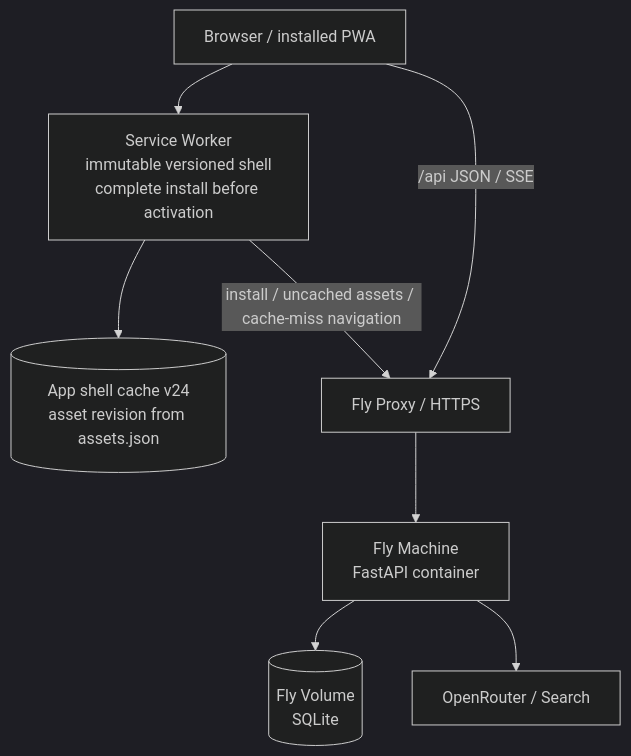
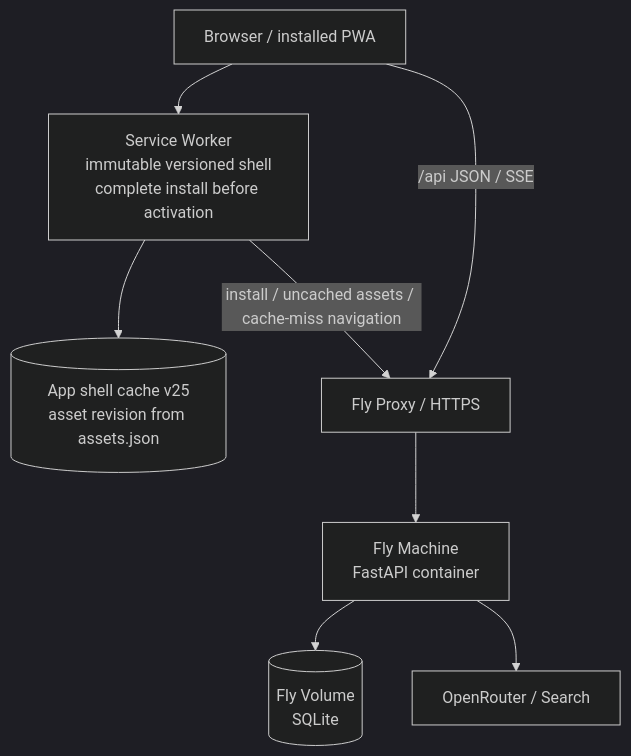
Before and after one commit to Teng91/running-shoes: the ninth of 10 diagrams in docs/architecture.md, drawn with Mermaid (dark theme). The commit also changed other lines of this file and 51 other files, not shown here.

````diff
--- a/docs/architecture.md
+++ b/docs/architecture.md
@@ -306,18 +343,18 @@
 ```mermaid
 flowchart TB
     Browser[Browser / installed PWA]
     SW[Service Worker<br/>immutable versioned shell<br/>complete install before activation]
-    Shell[(App shell cache v24<br/>asset revision from assets.json)]
+    Shell[(App shell cache v25<br/>asset revision from assets.json)]
     FlyProxy[Fly Proxy / HTTPS]
     Machine[Fly Machine<br/>FastAPI container]
     Volume[(Fly Volume<br/>SQLite)]
     External[OpenRouter / Search]
 
     Browser --> SW
     SW --> Shell
     SW -->|install / uncached assets / cache-miss navigation| FlyProxy
     Browser -->|/api JSON / SSE| FlyProxy
     FlyProxy --> Machine
     Machine --> Volume
     Machine --> External
 ```
````
